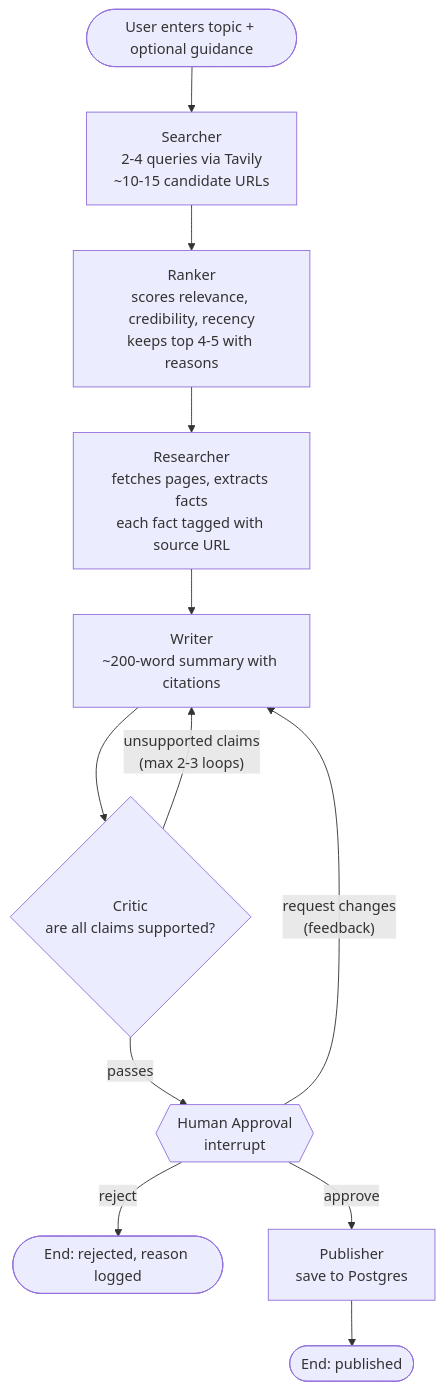
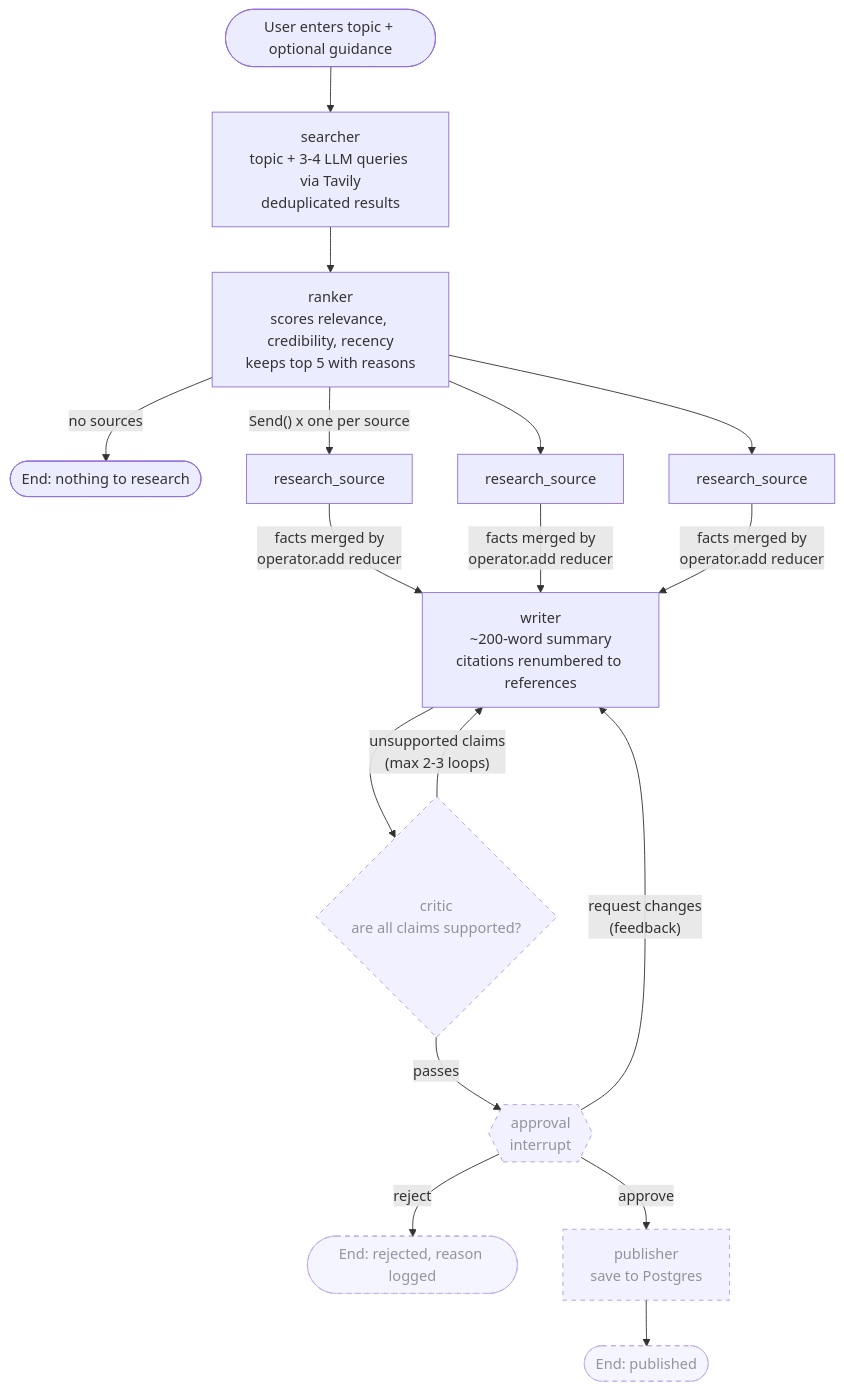
Before and after one commit to p-sharma/langgraph-content-pipeline: the diagram in README.md, drawn with Mermaid. The commit also changed other lines of this file and 1 other file, not shown here.

First line of the commit message:
Update README for current code and graph

````diff
--- a/README.md
+++ b/README.md
@@ -17,14 +19,20 @@
 ```mermaid
 flowchart TD
-    START([User enters topic + optional guidance]) --> SEARCH[Searcher<br/>2-4 queries via Tavily<br/>~10-15 candidate URLs]
-    SEARCH --> RANK[Ranker<br/>scores relevance, credibility, recency<br/>keeps top 4-5 with reasons]
-    RANK --> RESEARCH[Researcher<br/>fetches pages, extracts facts<br/>each fact tagged with source URL]
-    RESEARCH --> WRITE[Writer<br/>~200-word summary with citations]
-    WRITE --> CRITIC{Critic<br/>are all claims supported?}
+    START([User enters topic + optional guidance]) --> SEARCH[searcher<br/>topic + 3-4 LLM queries via Tavily<br/>deduplicated results]
+    SEARCH --> RANK[ranker<br/>scores relevance, credibility, recency<br/>keeps top 5 with reasons]
+    RANK -- "no sources" --> NOSRC([End: nothing to research])
+    RANK -- "Send() x one per source" --> R1[research_source]
+    RANK --> R2[research_source]
+    RANK --> R3[research_source]
+    R1 & R2 & R3 -- "facts merged by<br/>operator.add reducer" --> WRITE[writer<br/>~200-word summary<br/>citations renumbered to references]
+    WRITE --> CRITIC{critic<br/>are all claims supported?}
     CRITIC -- "unsupported claims<br/>(max 2-3 loops)" --> WRITE
-    CRITIC -- passes --> APPROVAL{{Human Approval<br/>interrupt}}
+    CRITIC -- passes --> APPROVAL{{approval<br/>interrupt}}
     APPROVAL -- "request changes<br/>(feedback)" --> WRITE
     APPROVAL -- reject --> REJECTED([End: rejected, reason logged])
-    APPROVAL -- approve --> PUBLISH[Publisher<br/>save to Postgres]
+    APPROVAL -- approve --> PUBLISH[publisher<br/>save to Postgres]
     PUBLISH --> DONE([End: published])
+
+    classDef planned stroke-dasharray: 5 5,opacity:0.7
+    class CRITIC,APPROVAL,REJECTED,PUBLISH,DONE planned
 ```
````
